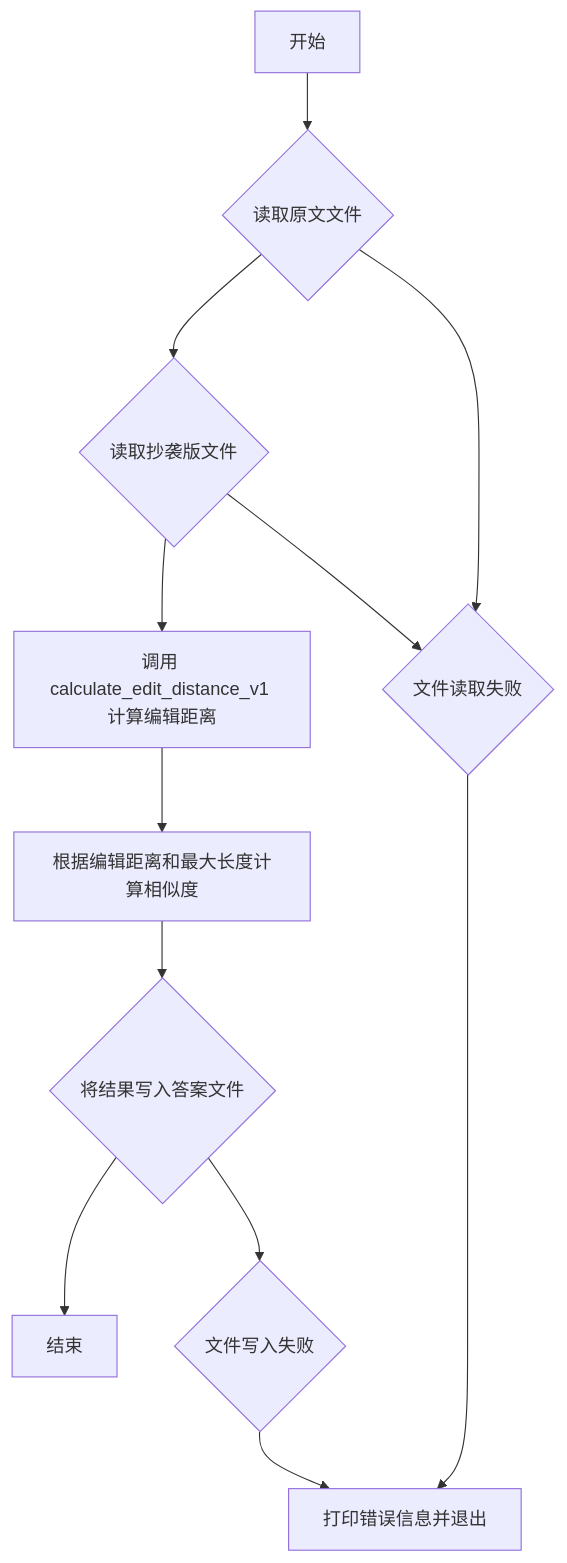
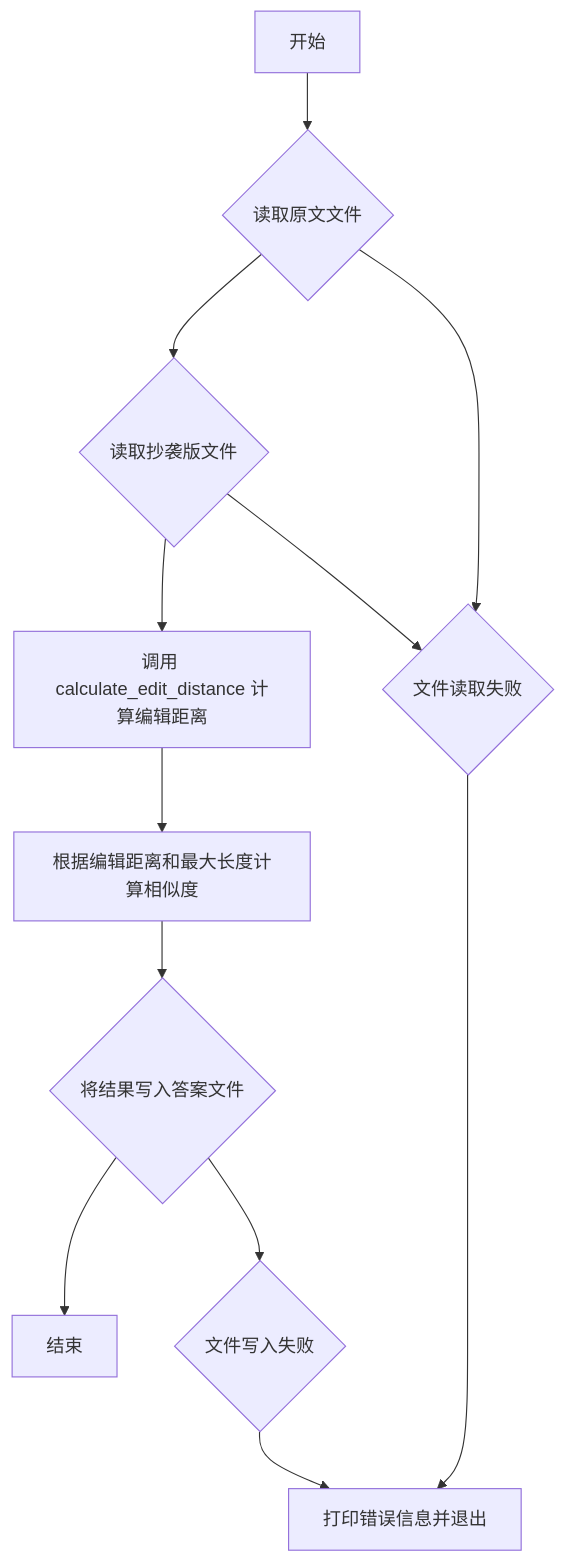
Before and after one commit to aliyablat/3223004639: the diagram in blog.md, drawn with Mermaid. The commit also changed other lines of this file and 7 other files, not shown here.

````diff
--- a/blog.md
+++ b/blog.md
@@ -69,15 +67,15 @@
 ```mermaid
 graph TD
     A[开始] --> B{读取原文文件};
     B --> C{读取抄袭版文件};
-    C --> D[调用 calculate_edit_distance_v1 计算编辑距离];
+    C --> D[调用 calculate_edit_distance 计算编辑距离];
     D --> E[根据编辑距离和最大长度计算相似度];
     E --> F{将结果写入答案文件};
     F --> G[结束];
 
     B --> H{文件读取失败};
     C --> H;
     H --> I[打印错误信息并退出];
     F --> J{文件写入失败};
     J --> I;
 ```
````
